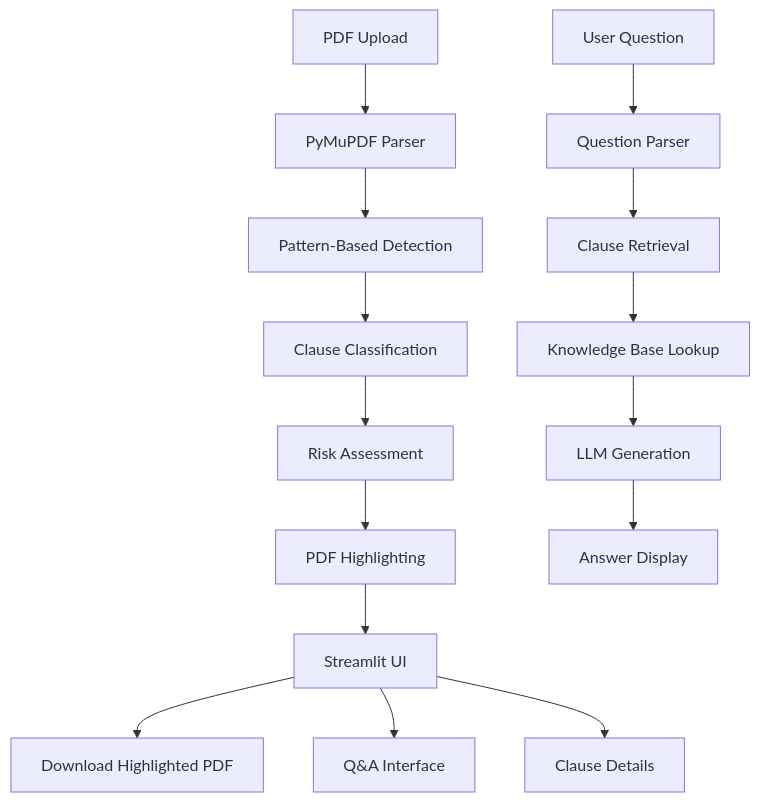
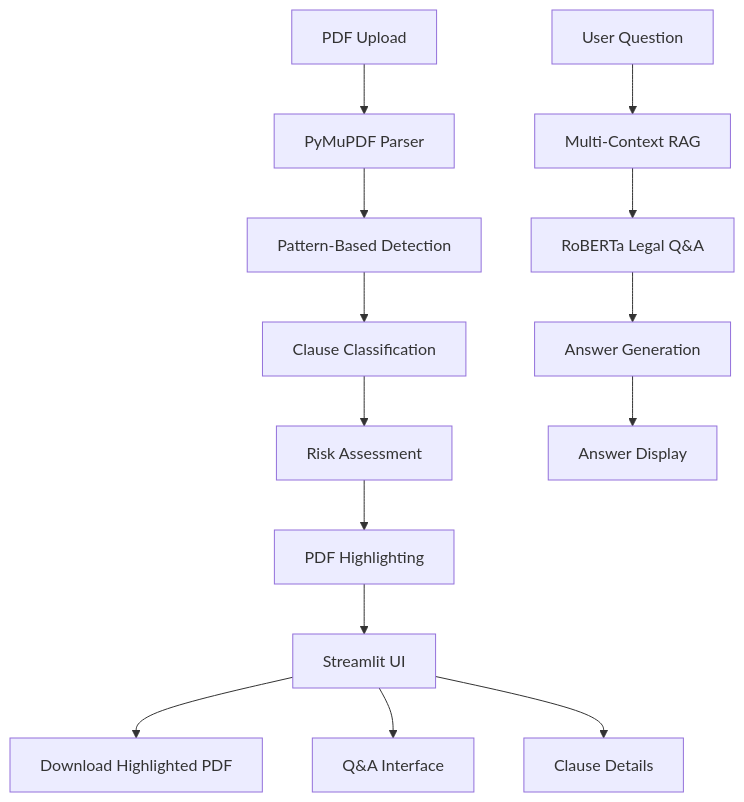
The diagram in README.md (HetanshWaghela/CLAWS), drawn with Mermaid before and after one commit. The commit also changed other lines of this file, not shown here.

Commit message:
Update README to reflect current implementation with RoBERTa legal Q&A and RAG system

````diff
--- a/README.md
+++ b/README.md
@@ -51,19 +57,18 @@
 ```mermaid
 graph TB
     A[PDF Upload] --> B[PyMuPDF Parser]
     B --> C[Pattern-Based Detection]
     C --> D[Clause Classification]
     D --> E[Risk Assessment]
     E --> F[PDF Highlighting]
     F --> G[Streamlit UI]
-    
-    H[User Question] --> I[Question Parser]
-    I --> J[Clause Retrieval]
-    J --> K[Knowledge Base Lookup]
-    K --> L[LLM Generation]
-    L --> M[Answer Display]
-    
-    G --> N[Download Highlighted PDF]
-    G --> O[Q&A Interface]
-    G --> P[Clause Details]
+  
+    H[User Question] --> I[Multi-Context RAG]
+    I --> J[RoBERTa Legal Q&A]
+    J --> K[Answer Generation]
+    K --> L[Answer Display]
+  
+    G --> M[Download Highlighted PDF]
+    G --> N[Q&A Interface]
+    G --> O[Clause Details]
 ```
````
